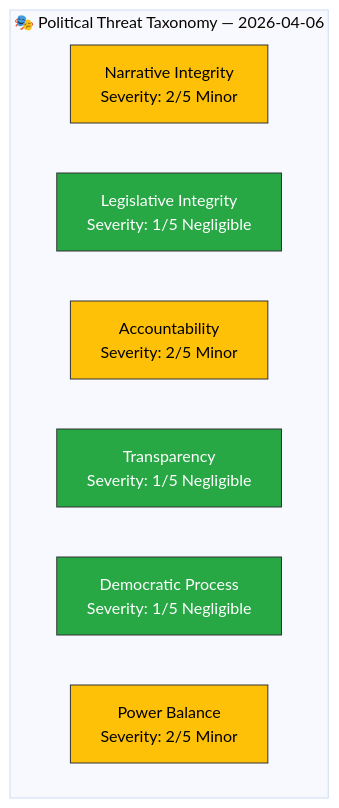
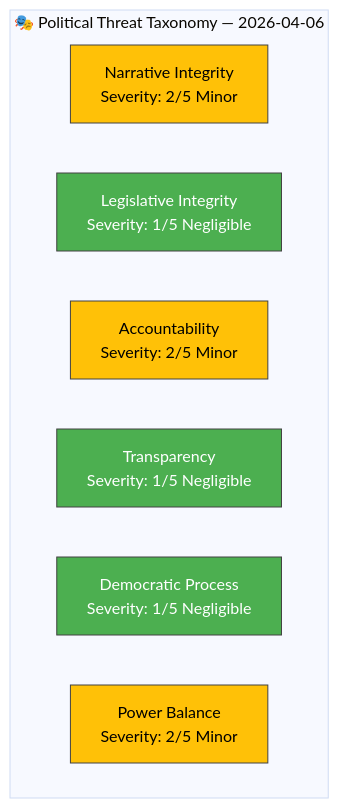
One commit to Hack23/riksdagsmonitor changed the first of 2 diagrams in analysis/daily/2026-04-06/realtime-1420/threat-analysis.md. Above: the diagram before and after it, drawn with Mermaid (base theme). The commit also changed other lines of this file and 785 other files, not shown here.

First line of the commit message:
Normalize mermaid colors across 786 analysis artifacts to ISMS Style Guide palette

````diff
--- a/analysis/daily/2026-04-06/realtime-1420/threat-analysis.md
+++ b/analysis/daily/2026-04-06/realtime-1420/threat-analysis.md
@@ -23,18 +23,18 @@
 ```mermaid
 graph TD
     subgraph "🎭 Political Threat Taxonomy — 2026-04-06"
         NI["Narrative Integrity<br/>Severity: 2/5 Minor"]
         LI["Legislative Integrity<br/>Severity: 1/5 Negligible"]
         AC["Accountability<br/>Severity: 2/5 Minor"]
         TR["Transparency<br/>Severity: 1/5 Negligible"]
         DP["Democratic Process<br/>Severity: 1/5 Negligible"]
         PB["Power Balance<br/>Severity: 2/5 Minor"]
     end
 
-    style NI fill:#ffc107,stroke:#333,color:#000
-    style LI fill:#28a745,stroke:#333,color:#fff
-    style AC fill:#ffc107,stroke:#333,color:#000
-    style TR fill:#28a745,stroke:#333,color:#fff
-    style DP fill:#28a745,stroke:#333,color:#fff
-    style PB fill:#ffc107,stroke:#333,color:#000
+    style NI fill:#FFC107,stroke:#424242,color:#000000
+    style LI fill:#4CAF50,stroke:#424242,color:#FFFFFF
+    style AC fill:#FFC107,stroke:#424242,color:#000000
+    style TR fill:#4CAF50,stroke:#424242,color:#FFFFFF
+    style DP fill:#4CAF50,stroke:#424242,color:#FFFFFF
+    style PB fill:#FFC107,stroke:#424242,color:#000000
 ```
````
